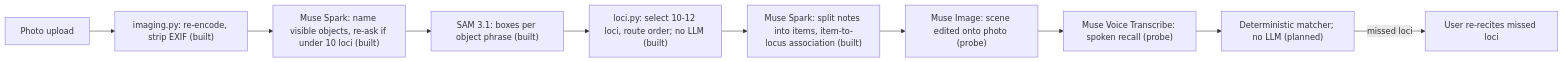
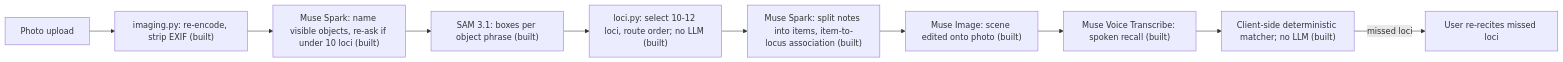
Before and after one commit to KevinKbyte/MemriPal: the diagram in README.md, drawn with Mermaid. The commit also changed other lines of this file and 1 other file, not shown here.

````diff
--- a/README.md
+++ b/README.md
@@ -22,12 +22,12 @@
 ```mermaid
 flowchart LR
   photo["Photo upload"] --> intake["imaging.py: re-encode, strip EXIF (built)"]
   intake --> phrases["Muse Spark: name visible objects, re-ask if under 10 loci (built)"]
   phrases --> sam["SAM 3.1: boxes per object phrase (built)"]
   sam --> loci["loci.py: select 10-12 loci, route order; no LLM (built)"]
   loci --> assoc["Muse Spark: split notes into items, item-to-locus association (built)"]
-  assoc --> scene["Muse Image: scene edited onto photo (probe)"]
-  scene --> asr["Muse Voice Transcribe: spoken recall (probe)"]
-  asr --> match["Deterministic matcher; no LLM (planned)"]
+  assoc --> scene["Muse Image: scene edited onto photo (built)"]
+  scene --> asr["Muse Voice Transcribe: spoken recall (built)"]
+  asr --> match["Client-side deterministic matcher; no LLM (built)"]
   match -- "missed loci" --> review["User re-recites missed loci"]
 ```
````
